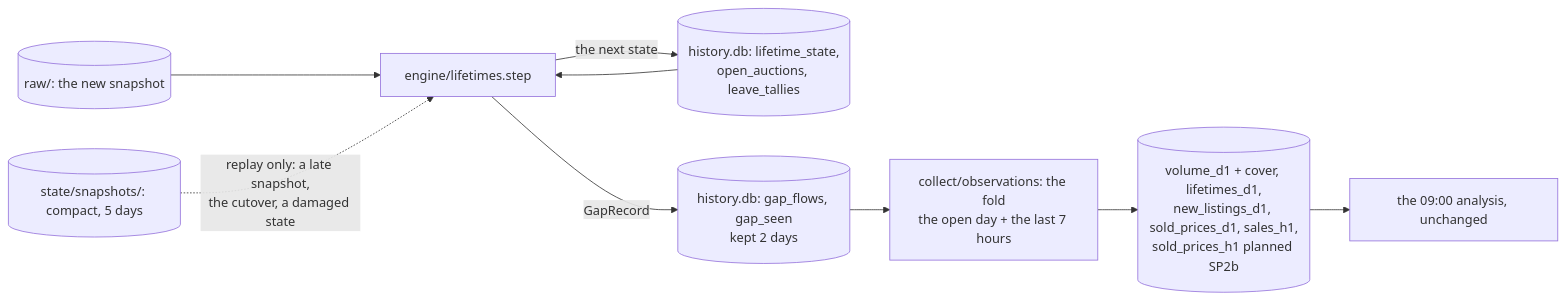
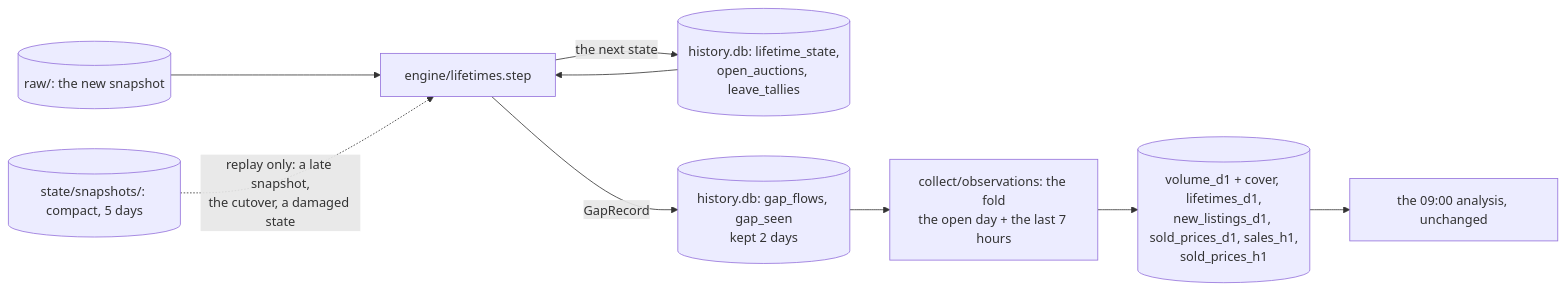
The fourth of 10 diagrams in docs/ARCHITECTURE.md (ctng1213/WowAuction), drawn with Mermaid before and after one commit. The commit also changed other lines of this file and 27 other files, not shown here.

First line of the commit message:
SP2b: the rebuilt pattern, sold prices by hour and the price level (schema 17)

````diff
--- a/docs/ARCHITECTURE.md
+++ b/docs/ARCHITECTURE.md
@@ -143,11 +143,11 @@
 ```mermaid
 flowchart LR
   New[(raw/: the new snapshot)] --> Step[engine/lifetimes.step]
   State[(history.db: lifetime_state,<br/>open_auctions, leave_tallies)] --> Step
   Step -->|the next state| State
   Step -->|GapRecord| Ledger[(history.db: gap_flows, gap_seen<br/>kept 2 days)]
   Ledger --> Fold[collect/observations: the fold<br/>the open day + the last 7 hours]
-  Fold --> Rows[(volume_d1 + cover, lifetimes_d1,<br/>new_listings_d1, sold_prices_d1, sales_h1,<br/>sold_prices_h1 planned SP2b)]
+  Fold --> Rows[(volume_d1 + cover, lifetimes_d1,<br/>new_listings_d1, sold_prices_d1, sales_h1,<br/>sold_prices_h1)]
   Rows --> Analysis[the 09:00 analysis, unchanged]
   Compact[(state/snapshots/: compact, 5 days)] -.replay only: a late snapshot,<br/>the cutover, a damaged state.-> Step
 ```
````
